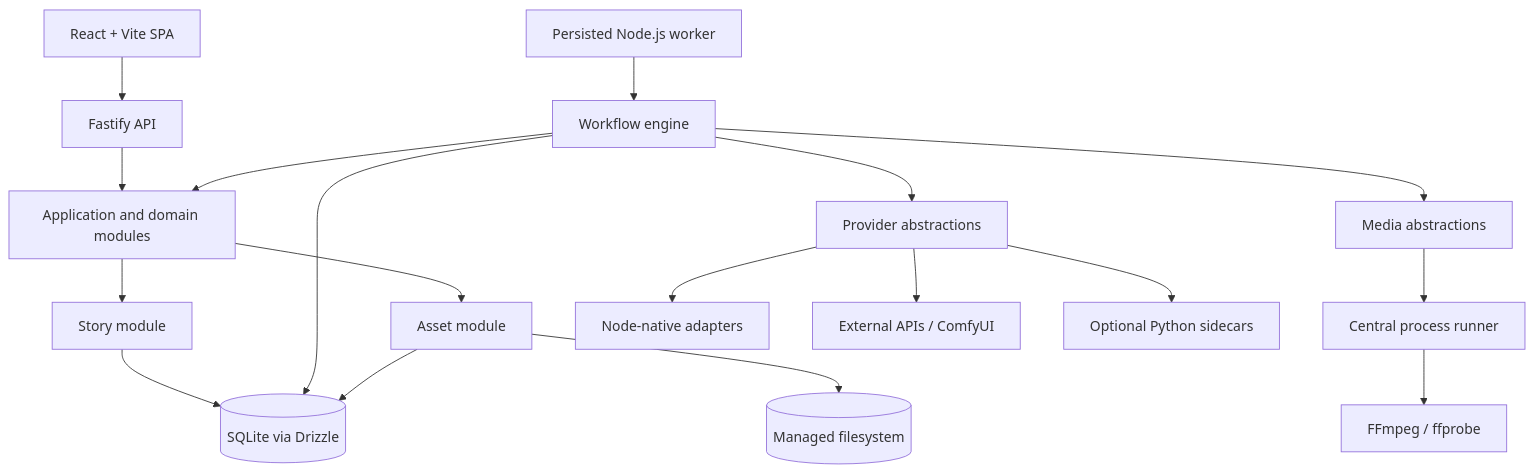
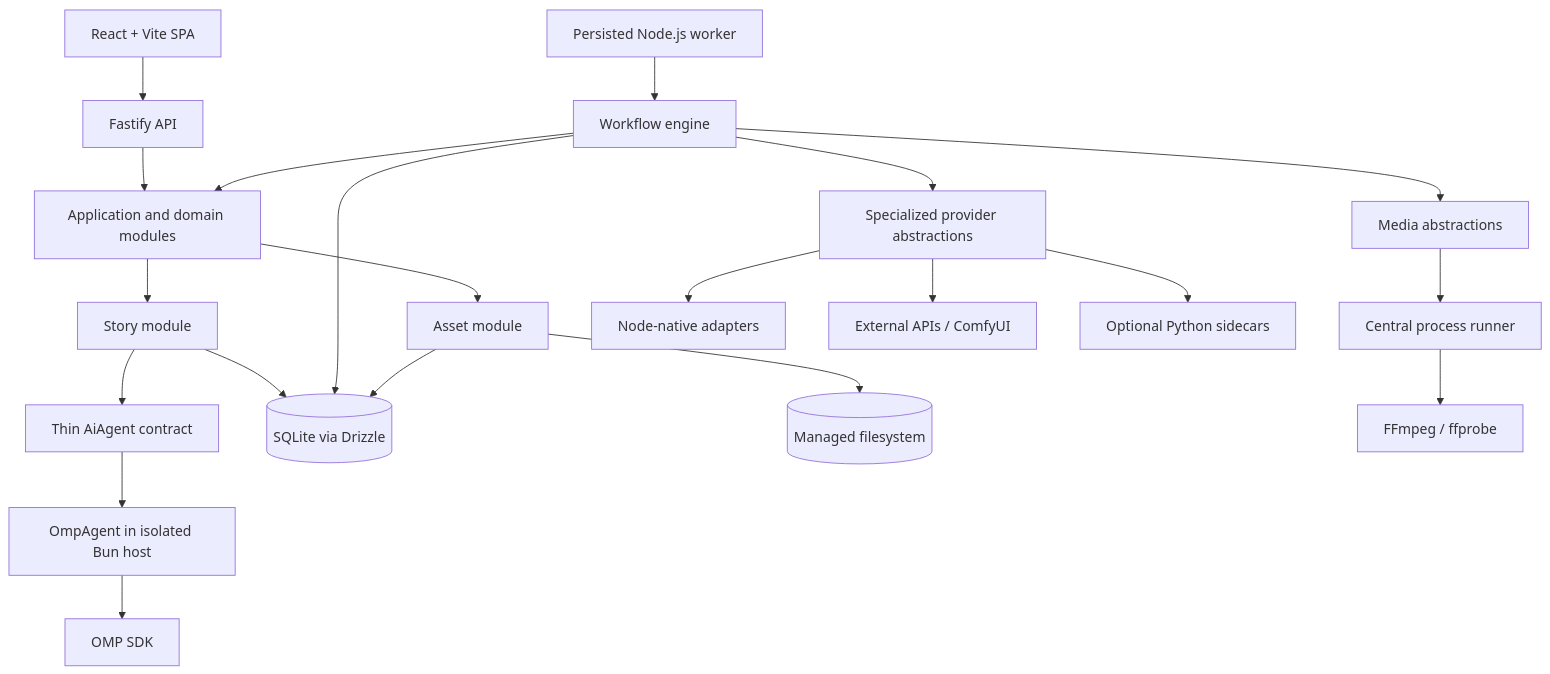
The diagram in docs/design-v1/01-system-architecture.md (anhth2808/at-ai-story-studio), drawn with Mermaid before and after one commit. The commit also changed other lines of this file and 15 other files, not shown here.

Commit message:
docs: adopt OMP SDK for AI execution

````diff
--- a/docs/design-v1/01-system-architecture.md
+++ b/docs/design-v1/01-system-architecture.md
@@ -13,20 +14,23 @@
 ```mermaid
 flowchart TB
   UI[React + Vite SPA] --> API[Fastify API]
   API --> APP[Application and domain modules]
   WORKER[Persisted Node.js worker] --> FLOW[Workflow engine]
   FLOW --> APP
   APP --> STORY[Story module]
   APP --> ASSET[Asset module]
-  FLOW --> PROV[Provider abstractions]
+  STORY --> AI[Thin AiAgent contract]
+  AI --> OMPHOST[OmpAgent in isolated Bun host]
+  OMPHOST --> OMPSDK[OMP SDK]
+  FLOW --> PROV[Specialized provider abstractions]
   FLOW --> MEDIA[Media abstractions]
   STORY --> DB[(SQLite via Drizzle)]
   FLOW --> DB
   ASSET --> DB
   ASSET --> FS[(Managed filesystem)]
   MEDIA --> PROCESS[Central process runner]
   PROCESS --> FFMPEG[FFmpeg / ffprobe]
   PROV --> NODE[Node-native adapters]
   PROV --> HTTP[External APIs / ComfyUI]
   PROV --> PY[Optional Python sidecars]
 ```
````
